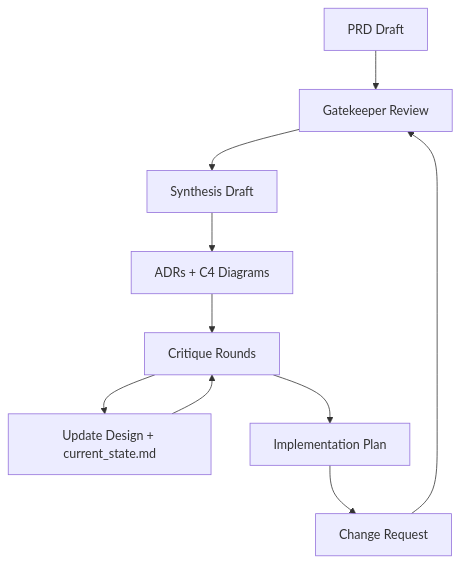
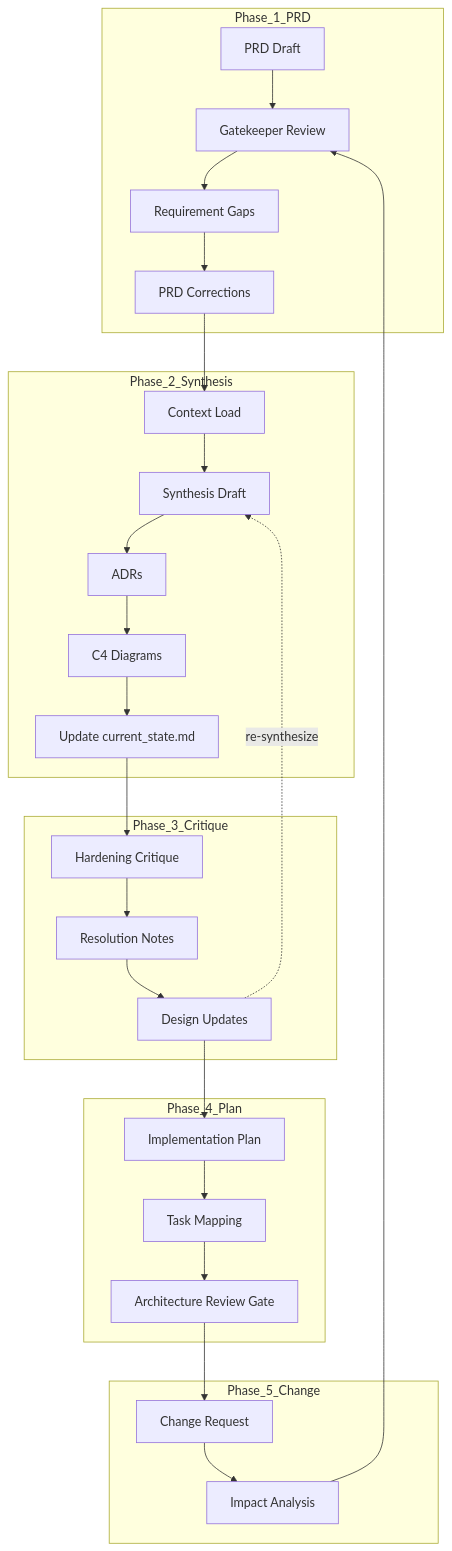
Before and after one commit to AnyAxis-Labs/sdlc-visualization: the third of 3 diagrams in Workflow Synthesize/flows/vibe-system-designing.md, drawn with Mermaid. The commit also changed 1 other file, not shown here.

Commit message:
docs: deepen vibe system low levels

````diff
--- a/Workflow Synthesize/flows/vibe-system-designing.md
+++ b/Workflow Synthesize/flows/vibe-system-designing.md
@@ -59,12 +59,46 @@
 ```mermaid
 graph TB
-    PRD["PRD Draft"] --> Validate["Gatekeeper Review"]
-    Validate --> S1["Synthesis Draft"]
-    S1 --> ADRs["ADRs + C4 Diagrams"]
-    ADRs --> Critique["Critique Rounds"]
-    Critique --> Fix["Update Design + current_state.md"]
-    Fix --> Critique
-    Critique --> Plan["Implementation Plan"]
-    Plan --> Change["Change Request"]
-    Change --> Validate
+    subgraph Phase_1_PRD
+        PRD["PRD Draft"]
+        Gate["Gatekeeper Review"]
+        Gaps["Requirement Gaps"]
+        PRDRev["PRD Corrections"]
+        PRD --> Gate --> Gaps --> PRDRev
+    end
+
+    subgraph Phase_2_Synthesis
+        Context["Context Load"]
+        Draft["Synthesis Draft"]
+        ADRs["ADRs"]
+        C4["C4 Diagrams"]
+        State["Update current_state.md"]
+        Context --> Draft --> ADRs --> C4 --> State
+    end
+
+    subgraph Phase_3_Critique
+        Critique["Hardening Critique"]
+        Response["Resolution Notes"]
+        Fix["Design Updates"]
+        Critique --> Response --> Fix
+    end
+
+    subgraph Phase_4_Plan
+        Plan["Implementation Plan"]
+        Map["Task Mapping"]
+        Review["Architecture Review Gate"]
+        Plan --> Map --> Review
+    end
+
+    subgraph Phase_5_Change
+        CR["Change Request"]
+        Impact["Impact Analysis"]
+        CR --> Impact
+    end
+
+    PRDRev --> Context
+    State --> Critique
+    Fix -.re-synthesize.-> Draft
+    Fix --> Plan
+    Review --> CR
+    Impact --> Gate
 ```
````
